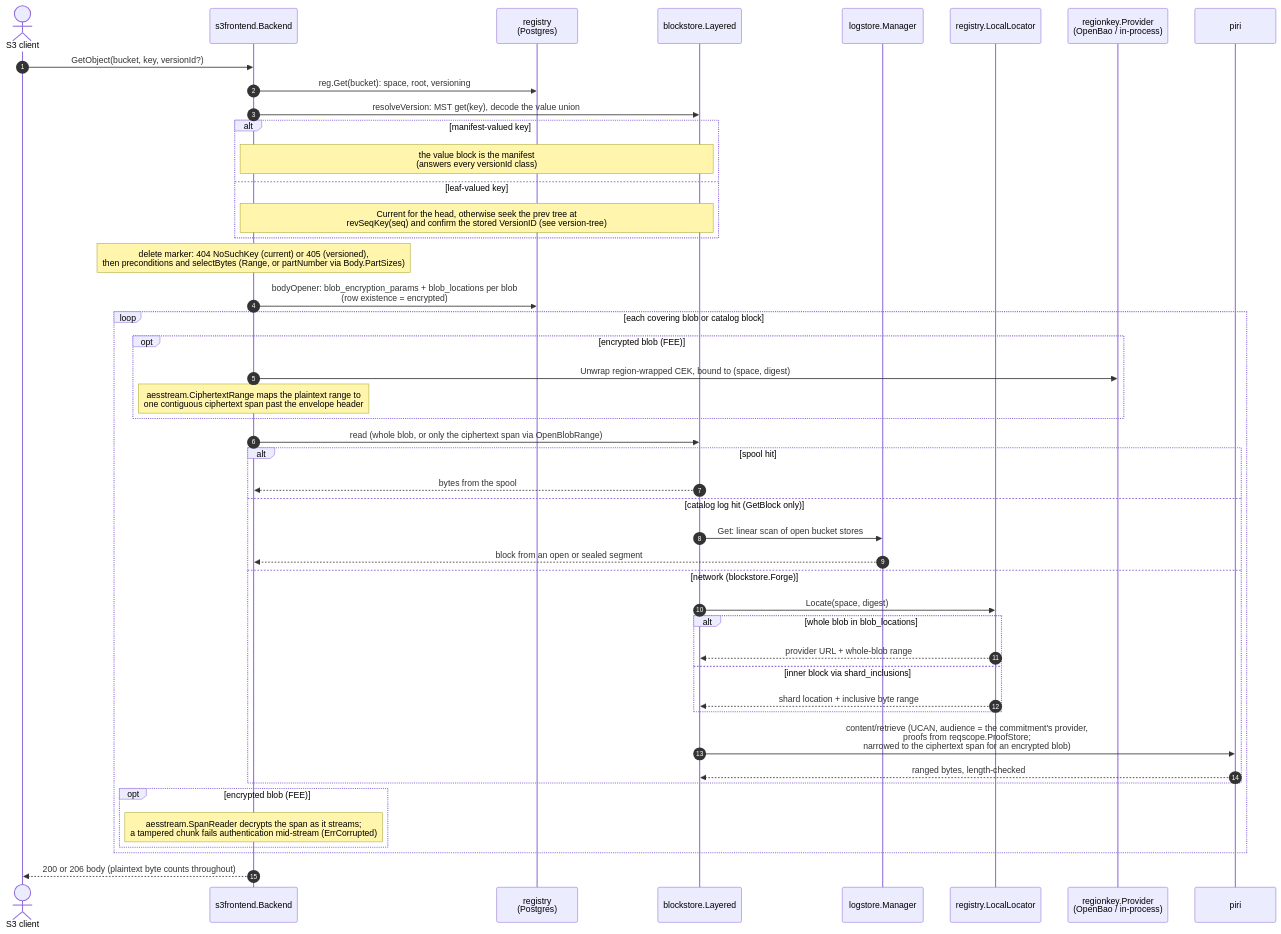
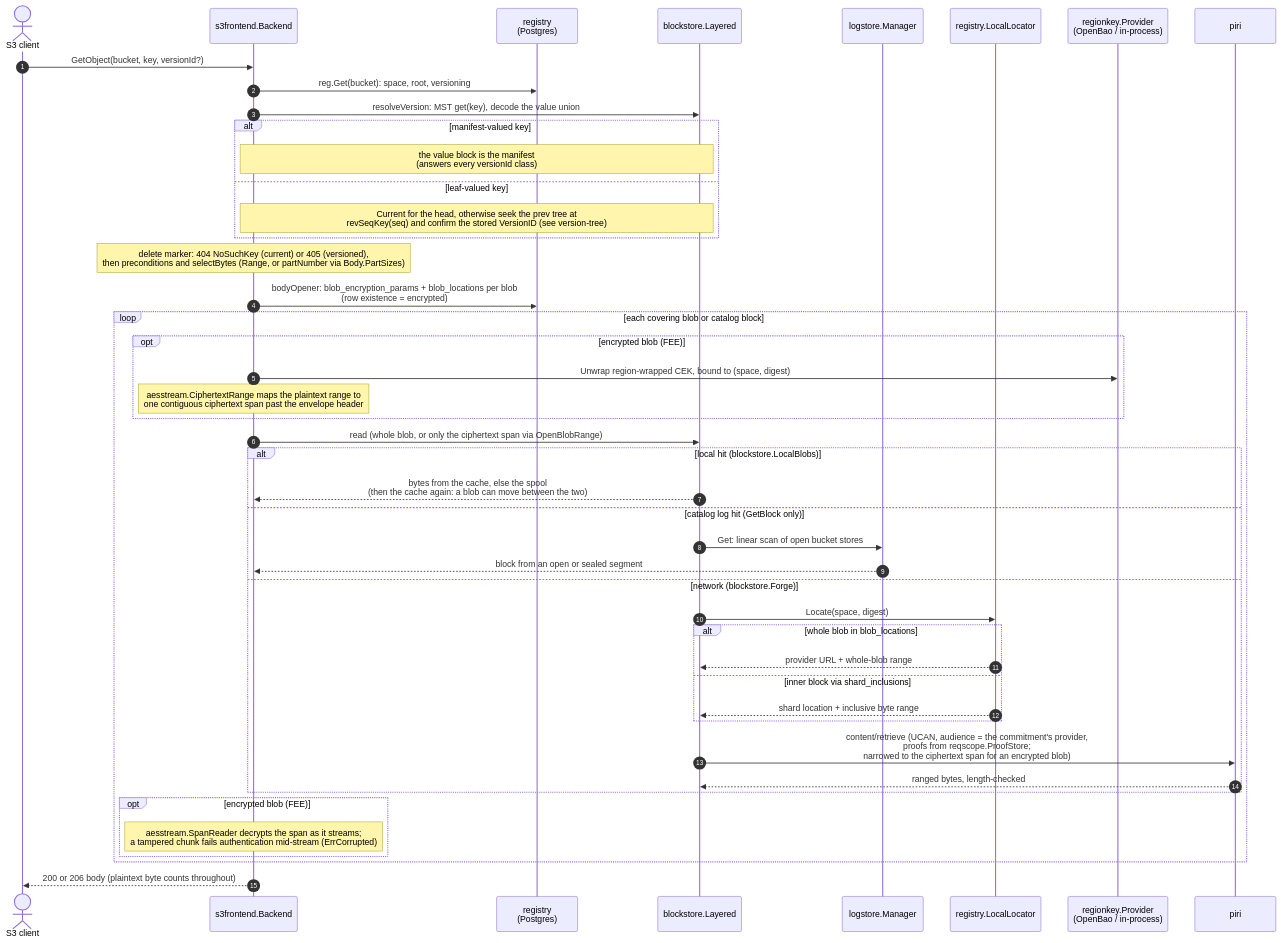
The fifth of 14 diagrams in docs/diagrams.md (fil-forge/ingot), drawn with Mermaid before and after one commit. The commit also changed other lines of this file and 45 other files, not shown here.

First line of the commit message:
Split local blob storage into a spool and a cache, and evict to a byte budget (#218)

````diff
--- a/docs/diagrams.md
+++ b/docs/diagrams.md
@@ -359,49 +363,49 @@
 ```mermaid
 sequenceDiagram
     autonumber
     actor C as S3 client
     participant B as s3frontend.Backend
     participant R as registry<br/>(Postgres)
     participant LY as blockstore.Layered
     participant LG as logstore.Manager
     participant LC as registry.LocalLocator
     participant K as regionkey.Provider<br/>(OpenBao / in-process)
     participant P as piri
 
     C->>B: GetObject(bucket, key, versionId?)
     B->>R: reg.Get(bucket): space, root, versioning
     B->>LY: resolveVersion: MST get(key), decode the value union
     alt manifest-valued key
         Note over B,LY: the value block is the manifest<br/>(answers every versionId class)
     else leaf-valued key
         Note over B,LY: Current for the head, otherwise seek the prev tree at<br/>revSeqKey(seq) and confirm the stored VersionID (see version-tree)
     end
     Note over B: delete marker: 404 NoSuchKey (current) or 405 (versioned),<br/>then preconditions and selectBytes (Range, or partNumber via Body.PartSizes)
     B->>R: bodyOpener: blob_encryption_params + blob_locations per blob<br/>(row existence = encrypted)
     loop each covering blob or catalog block
         opt encrypted blob (FEE)
             B->>K: Unwrap region-wrapped CEK, bound to (space, digest)
             Note over B: aesstream.CiphertextRange maps the plaintext range to<br/>one contiguous ciphertext span past the envelope header
         end
         B->>LY: read (whole blob, or only the ciphertext span via OpenBlobRange)
-        alt spool hit
-            LY-->>B: bytes from the spool
+        alt local hit (blockstore.LocalBlobs)
+            LY-->>B: bytes from the cache, else the spool<br/>(then the cache again: a blob can move between the two)
         else catalog log hit (GetBlock only)
             LY->>LG: Get: linear scan of open bucket stores
             LG-->>B: block from an open or sealed segment
         else network (blockstore.Forge)
             LY->>LC: Locate(space, digest)
             alt whole blob in blob_locations
                 LC-->>LY: provider URL + whole-blob range
             else inner block via shard_inclusions
                 LC-->>LY: shard location + inclusive byte range
             end
             LY->>P: content/retrieve (UCAN, audience = the commitment's provider,<br/>proofs from reqscope.ProofStore#59;<br/>narrowed to the ciphertext span for an encrypted blob)
             P-->>LY: ranged bytes, length-checked
         end
         opt encrypted blob (FEE)
             Note over B: aesstream.SpanReader decrypts the span as it streams#59;<br/>a tampered chunk fails authentication mid-stream (ErrCorrupted)
         end
     end
     B-->>C: 200 or 206 body (plaintext byte counts throughout)
 ```
````
